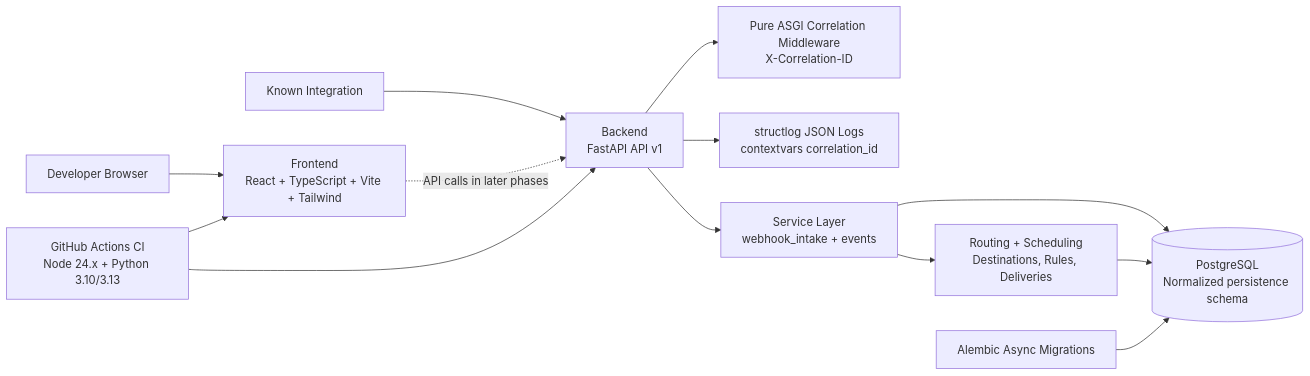
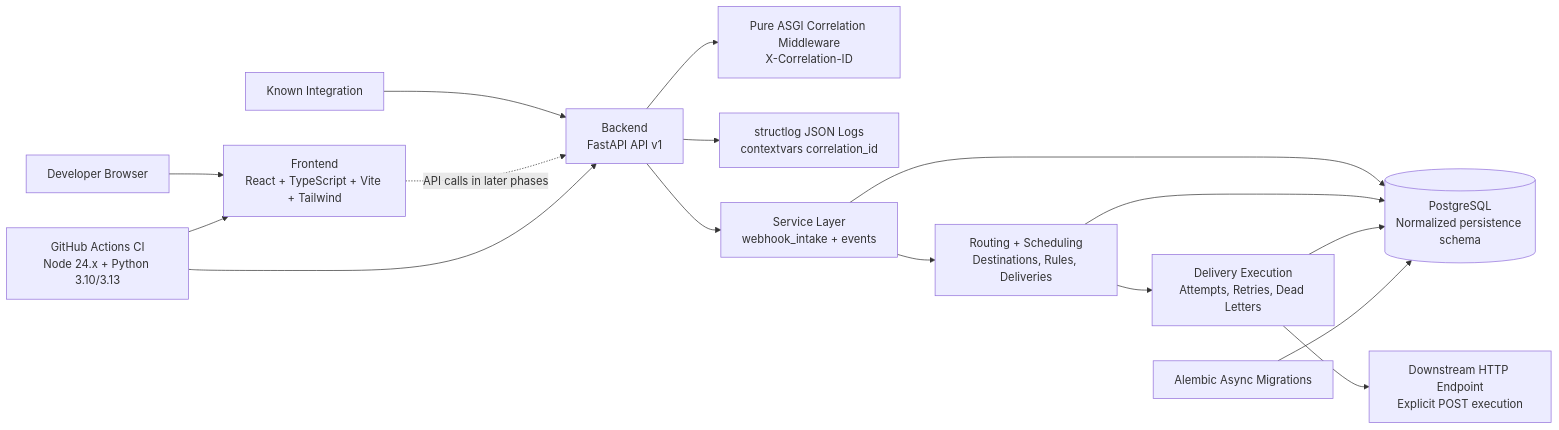
The diagram in docs/architecture.md (iayushmahajan/relayguard), drawn with Mermaid before and after one commit. The commit also changed other lines of this file and 17 other files, not shown here.

Commit message:
Implemented the RelayGuard Phase 4 delivery execution foundation

````diff
--- a/docs/architecture.md
+++ b/docs/architecture.md
@@ -3,15 +3,18 @@
 ```mermaid
 flowchart LR
   U[Developer Browser] --> F[Frontend\nReact + TypeScript + Vite + Tailwind]
   W[Known Integration] --> B[Backend\nFastAPI API v1]
   F -. API calls in later phases .-> B
   B --> C[Pure ASGI Correlation Middleware\nX-Correlation-ID]
   B --> L[structlog JSON Logs\ncontextvars correlation_id]
   B --> S[Service Layer\nwebhook_intake + events]
   S --> R[Routing + Scheduling\nDestinations, Rules, Deliveries]
+  R --> E[Delivery Execution\nAttempts, Retries, Dead Letters]
   S --> D[(PostgreSQL\nNormalized persistence schema)]
   R --> D
+  E --> D
+  E --> X[Downstream HTTP Endpoint\nExplicit POST execution]
   M[Alembic Async Migrations] --> D
   CI[GitHub Actions CI\nNode 24.x + Python 3.10/3.13] --> F
   CI --> B
 ```
````
